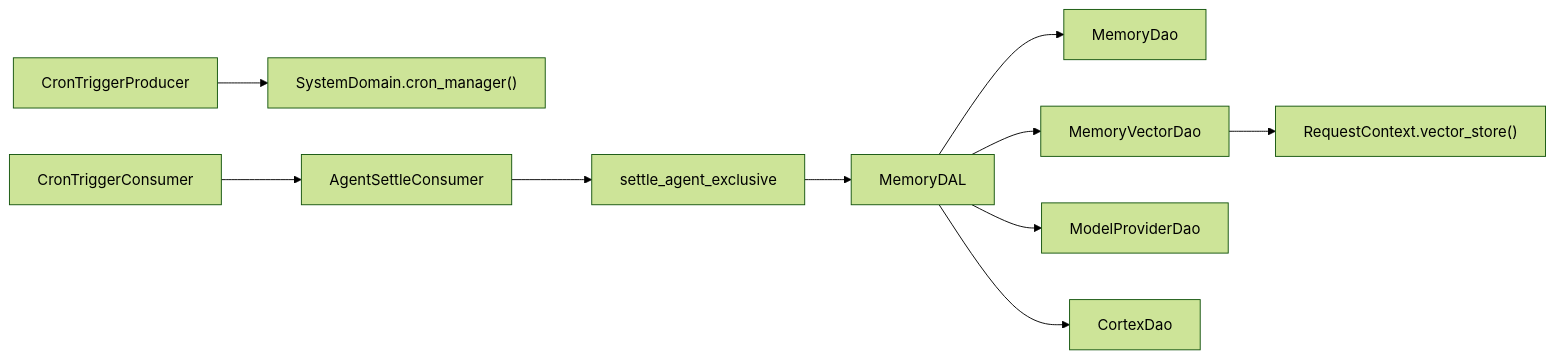
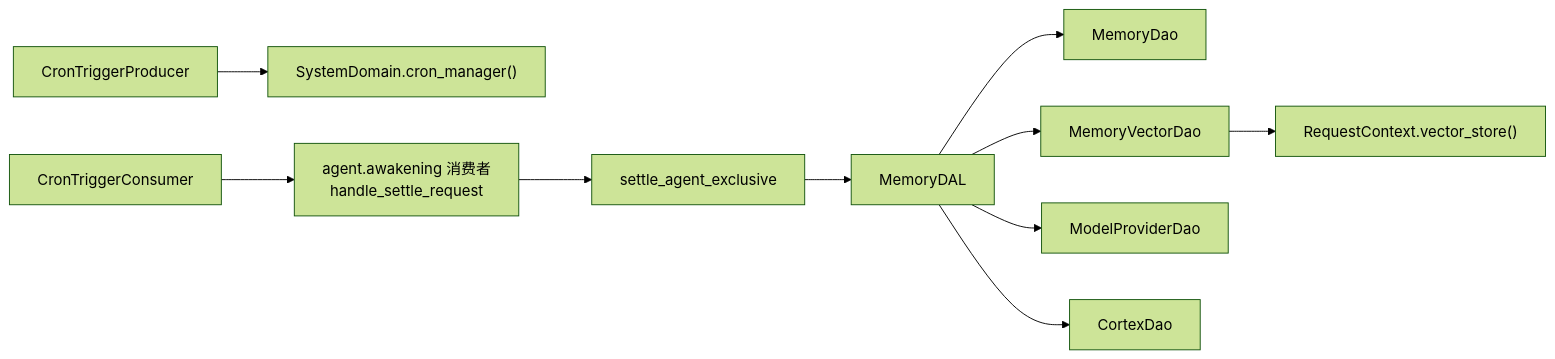
The seventh of 7 diagrams in docs/wiki/zh/content/项目概述/核心功能特性/四层记忆系统/记忆沉淀机制.md (runningcoders/ai_orz), drawn with Mermaid (forest theme) before and after one commit. The commit also changed other lines of this file and 2 other files, not shown here.

First line of the commit message:
docs(wiki): 记忆沉淀机制/调度器消费者/沉淀知识卡 — 对齐 settle 并入 agent.awakening

````diff
--- a/docs/wiki/zh/content/项目概述/核心功能特性/四层记忆系统/记忆沉淀机制.md
+++ b/docs/wiki/zh/content/项目概述/核心功能特性/四层记忆系统/记忆沉淀机制.md
@@ -315,12 +315,12 @@
 ```mermaid
 graph LR
 P["CronTriggerProducer"] --> CM["SystemDomain.cron_manager()"]
-C["CronTriggerConsumer"] --> AS["AgentSettleConsumer"]
+C["CronTriggerConsumer"] --> AS["agent.awakening 消费者<br/>handle_settle_request"]
 AS --> LS["settle_agent_exclusive"]
 LS --> MDAL["MemoryDAL"]
 MDAL --> MDAO["MemoryDao"]
 MDAL --> MVDAO["MemoryVectorDao"]
 MDAL --> MPDAO["ModelProviderDao"]
 MDAL --> CXDAO["CortexDao"]
 MVDAO --> VS["RequestContext.vector_store()"]
 ```
````
